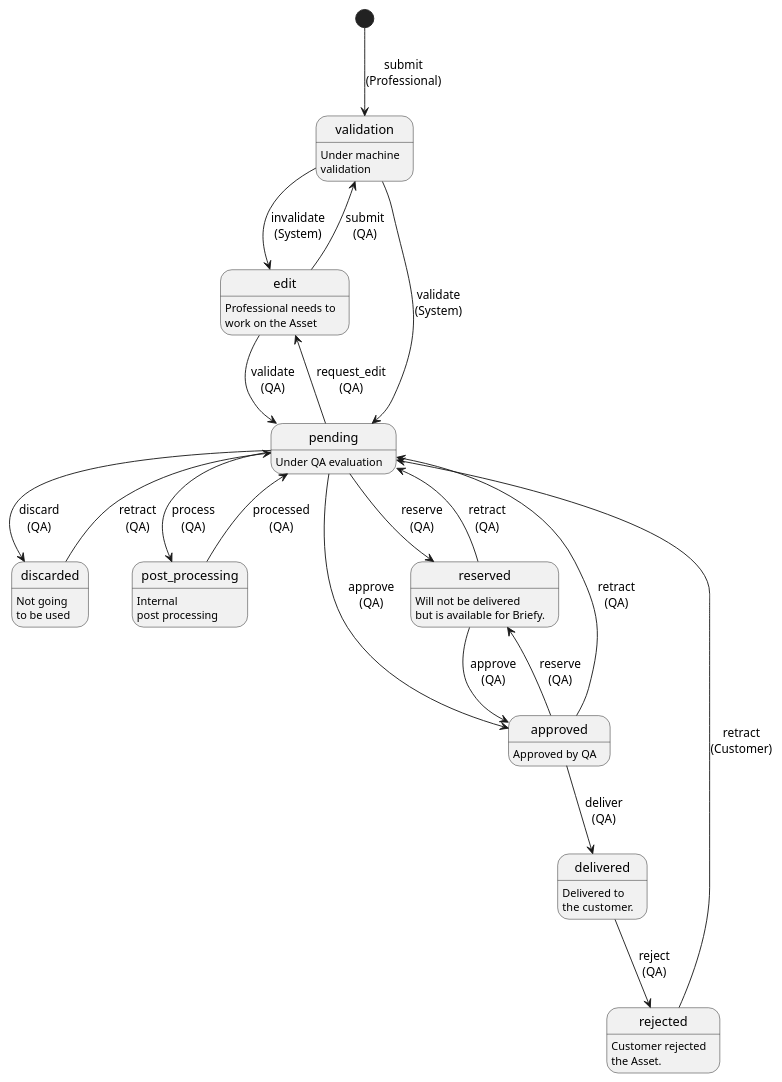
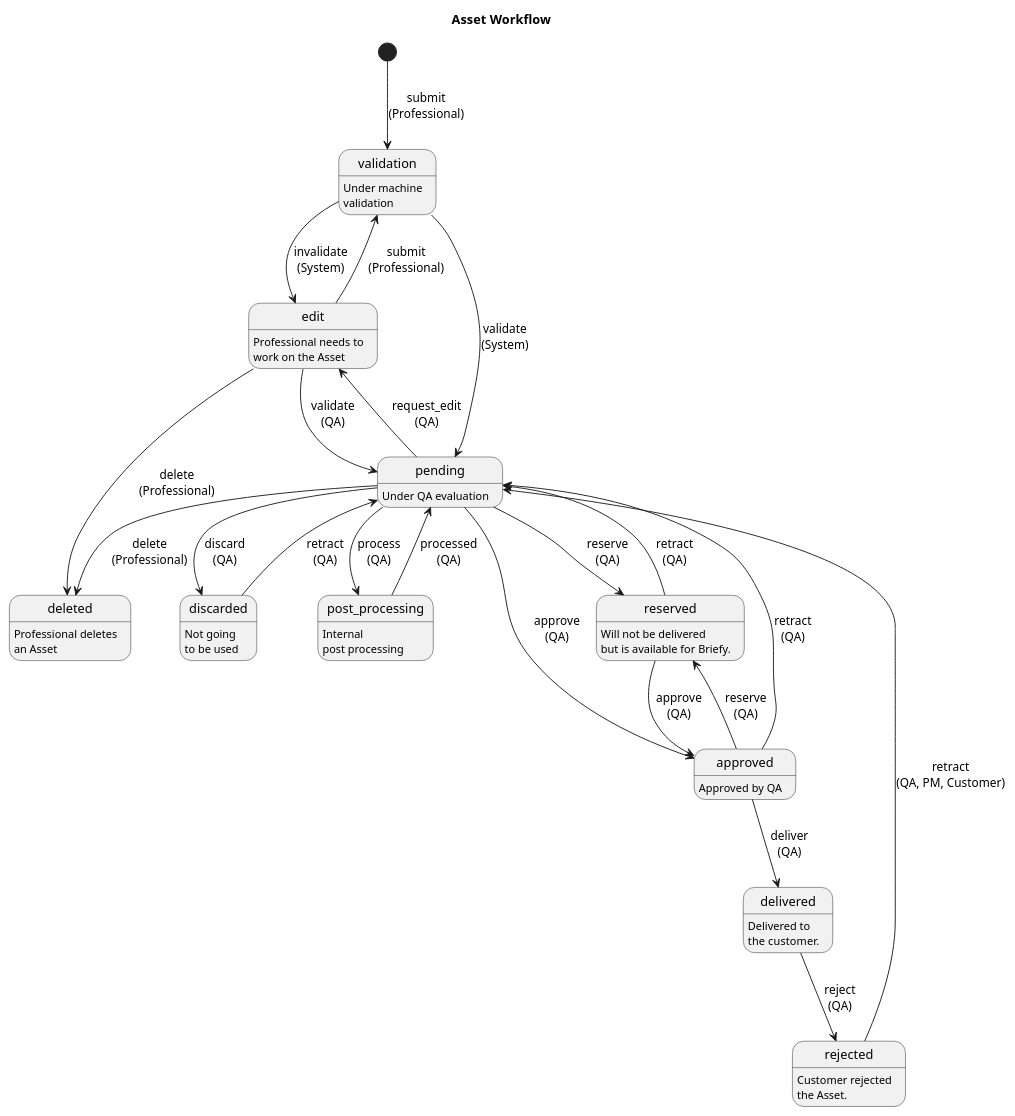
One commit to BriefyHQ/briefy.leica changed the second of 2 diagrams in docs/workflow.rst. Above: the diagram before and after it, drawn with PlantUML. The commit also changed other lines of this file and 9 other files, not shown here.

```diff
--- a/docs/workflow.rst
+++ b/docs/workflow.rst
@@ -40,35 +81,40 @@
 .. uml::
 
     @startuml
 
+    title Asset Workflow
+
     state validation: Under machine\nvalidation
     state edit: Professional needs to\nwork on the Asset
+    state deleted: Professional deletes\nan Asset
     state pending: Under QA evaluation
     state discarded: Not going\nto be used
     state post_processing: Internal\npost processing
     state approved: Approved by QA
     state reserved: Will not be delivered\nbut is available for Briefy.
     state delivered: Delivered to\nthe customer.
     state rejected: Customer rejected\nthe Asset.
 
     [*] --> validation : submit\n(Professional)
     validation --> edit : invalidate\n(System)
     validation --> pending : validate\n(System)
     edit --> pending : validate\n(QA)
-    edit --> validation : submit\n(QA)
+    edit --> deleted : delete\n(Professional)
+    edit --> validation : submit\n(Professional)
+    pending --> deleted : delete\n(Professional)
     pending --> discarded : discard\n(QA)
     discarded --> pending : retract\n(QA)
     delivered --> rejected : reject\n(QA)
     pending --> post_processing : process\n(QA)
     post_processing --> pending : processed\n(QA)
     pending --> reserved : reserve\n(QA)
     approved --> reserved : reserve\n(QA)
     pending --> edit: request_edit\n(QA)
     pending --> approved: approve\n(QA)
     reserved --> approved: approve\n(QA)
     approved --> pending : retract\n(QA)
-    rejected --> pending : retract\n(Customer)
+    rejected --> pending : retract\n(QA, PM, Customer)
     reserved --> pending : retract\n(QA)
     approved --> delivered : deliver\n(QA)
 
     @enduml
```
